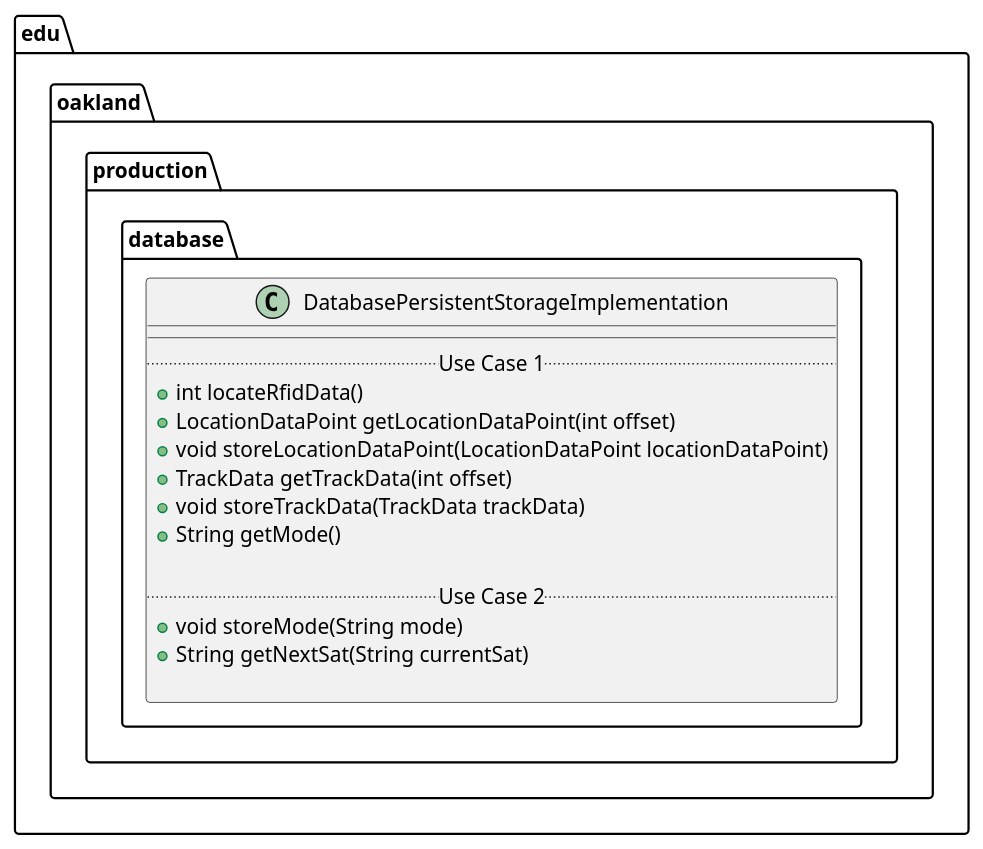
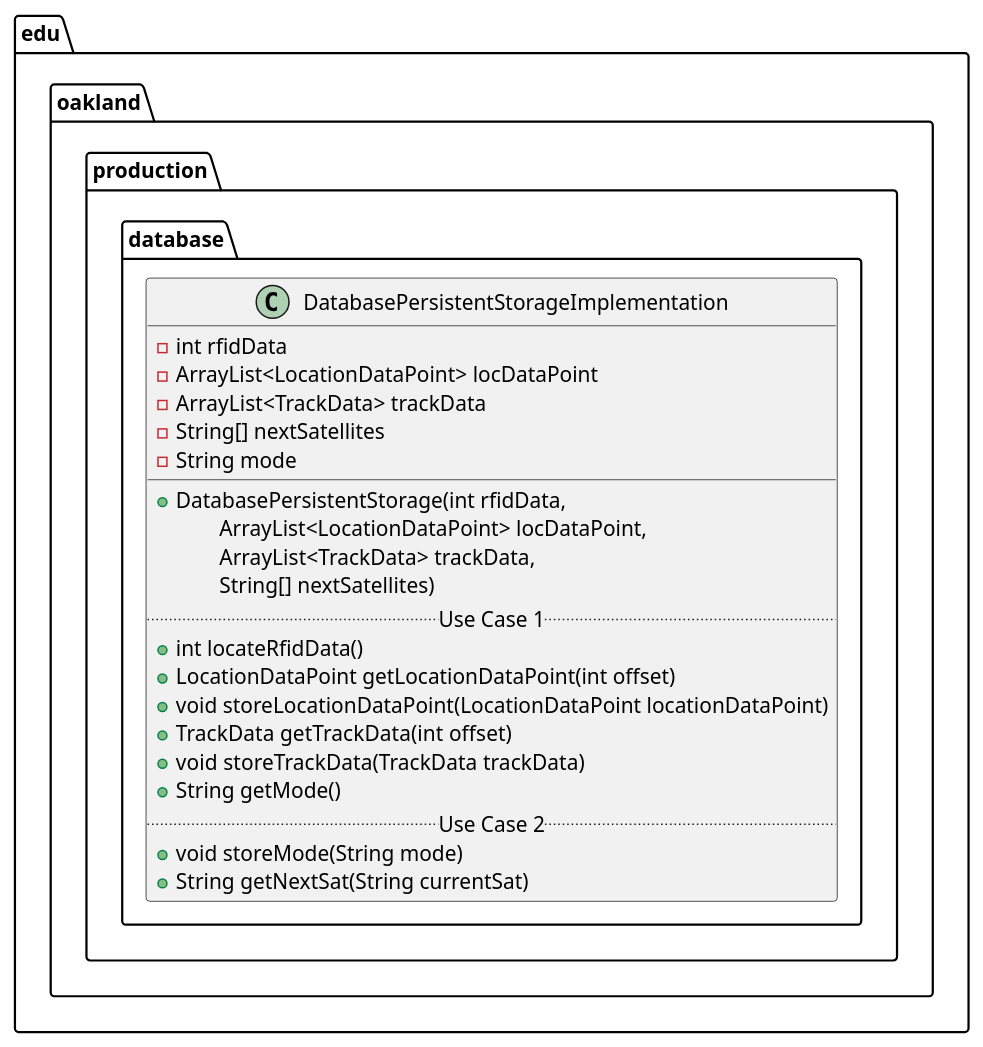
Before and after one commit to andrewdimmer/csi-3370-software-project: the diagram in docs/uml-class-diagrams/database/production/DatabasePersistentStorageImplementation/DatabasePersistentStorageImplementation.puml, drawn with PlantUML.

```diff
--- a/docs/uml-class-diagrams/database/production/DatabasePersistentStorageImplementation/DatabasePersistentStorageImplementation.puml
+++ b/docs/uml-class-diagrams/database/production/DatabasePersistentStorageImplementation/DatabasePersistentStorageImplementation.puml
@@ -1,21 +1,28 @@
 @startuml DatabasePersistentStorageImplementation
 
 package edu.oakland.production.database {
     class DatabasePersistentStorageImplementation {
+        - int rfidData
+        - ArrayList<LocationDataPoint> locDataPoint
+        - ArrayList<TrackData> trackData
+        - String[] nextSatellites
+        - String mode
         __
+        + DatabasePersistentStorage(int rfidData, 
+        \tArrayList<LocationDataPoint> locDataPoint, 
+        \tArrayList<TrackData> trackData, 
+        \tString[] nextSatellites)
         .. Use Case 1 ..
         + int locateRfidData()
         + LocationDataPoint getLocationDataPoint(int offset)
         + void storeLocationDataPoint(LocationDataPoint locationDataPoint)
         + TrackData getTrackData(int offset)
         + void storeTrackData(TrackData trackData)
         + String getMode()
-
         .. Use Case 2 ..
         + void storeMode(String mode)
         + String getNextSat(String currentSat)
-
     }
 }
 
 @enduml
```
